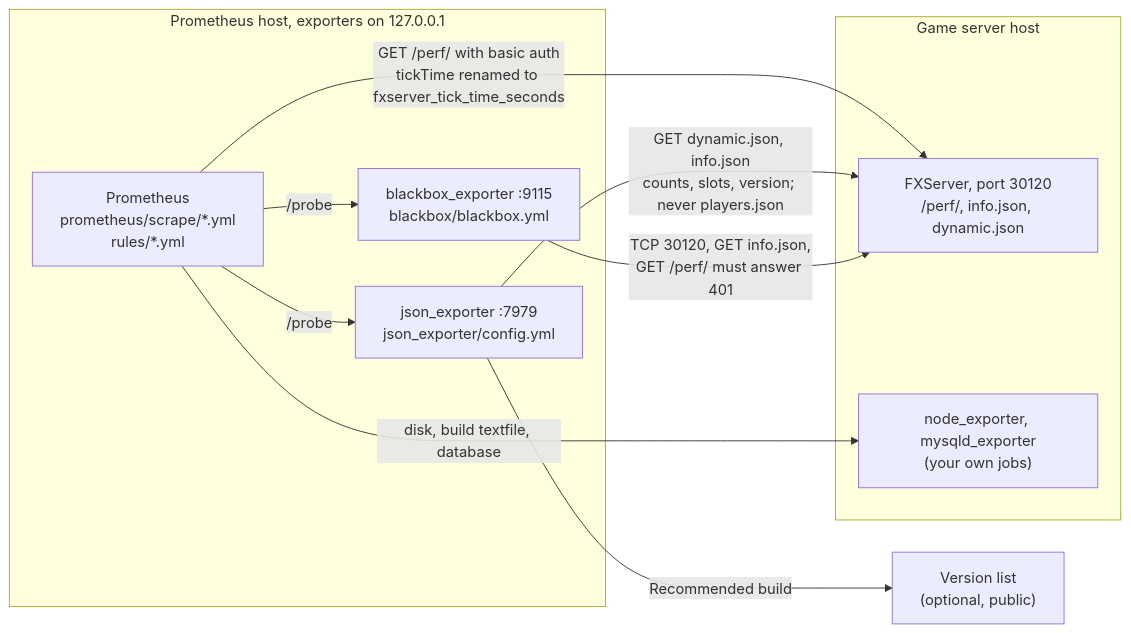
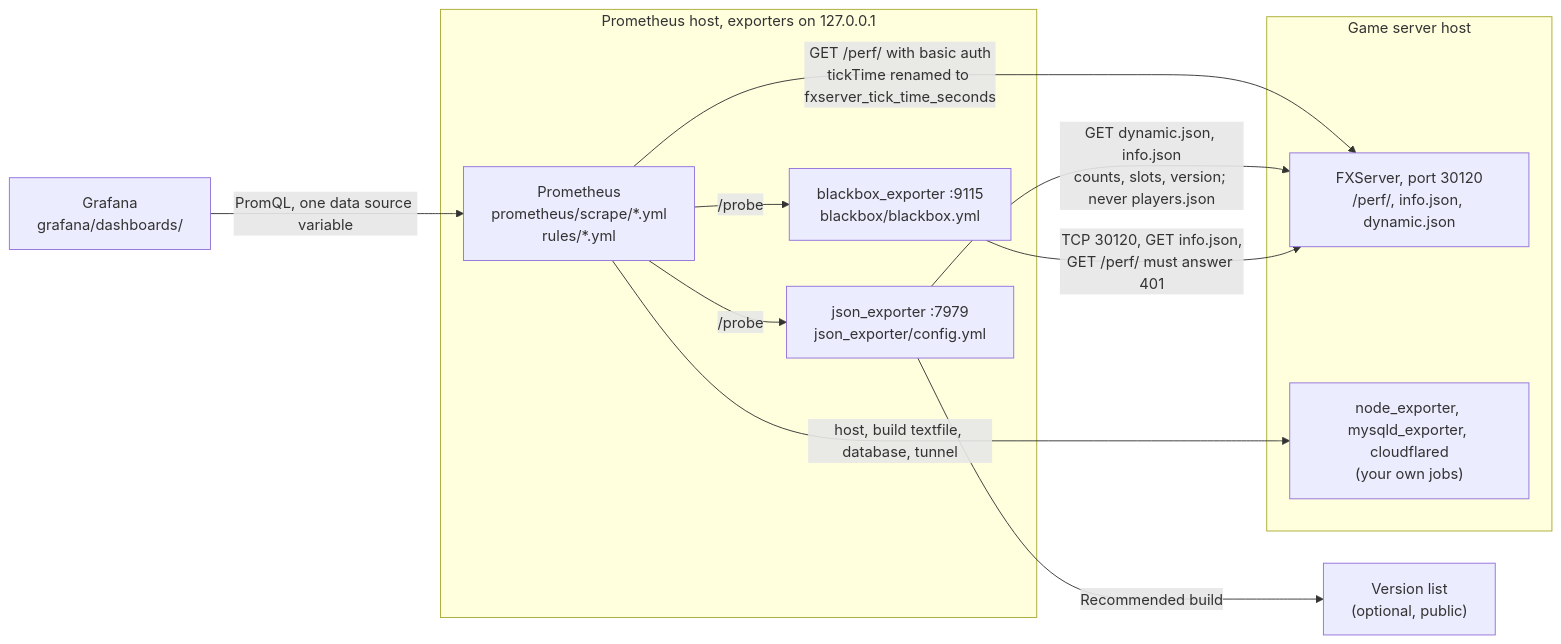
Before and after one commit to luminare-dev/gameserver-observability: the diagram in README.md, drawn with Mermaid. The commit also changed other lines of this file and 16 other files, not shown here.

````diff
--- a/README.md
+++ b/README.md
@@ -60,20 +61,22 @@
 ```mermaid
 flowchart LR
     subgraph game["Game server host"]
         fx["FXServer, port 30120<br/>/perf/, info.json, dynamic.json"]
-        node["node_exporter, mysqld_exporter<br/>(your own jobs)"]
+        node["node_exporter, mysqld_exporter, cloudflared<br/>(your own jobs)"]
     end
     subgraph mon["Prometheus host, exporters on 127.0.0.1"]
         prom["Prometheus<br/>prometheus/scrape/*.yml<br/>rules/*.yml"]
         je["json_exporter :7979<br/>json_exporter/config.yml"]
         bb["blackbox_exporter :9115<br/>blackbox/blackbox.yml"]
     end
     list["Version list<br/>(optional, public)"]
+    graf["Grafana<br/>grafana/dashboards/"]
     prom -- "GET /perf/ with basic auth<br/>tickTime renamed to fxserver_tick_time_seconds" --> fx
     prom -- "/probe" --> je
     je -- "GET dynamic.json, info.json<br/>counts, slots, version; never players.json" --> fx
     je -- "Recommended build" --> list
     prom -- "/probe" --> bb
     bb -- "TCP 30120, GET info.json,<br/>GET /perf/ must answer 401" --> fx
-    prom -- "disk, build textfile, database" --> node
+    prom -- "host, build textfile, database, tunnel" --> node
+    graf -- "PromQL, one data source variable" --> prom
 ```
````
